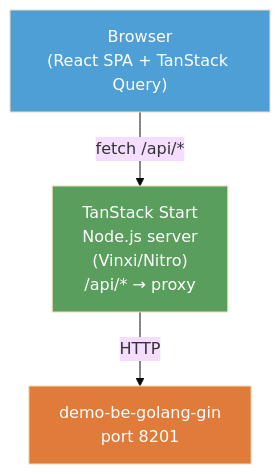
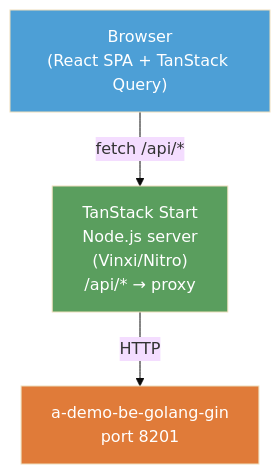
One commit to wahidyankf/open-sharia-enterprise changed the diagram in plans/done/2026-03-17__demo-fe-ts-tanstack-start/README.md. Above: the diagram before and after it, drawn with Mermaid (base theme). The commit also changed other lines of this file and 2697 other files, not shown here.

````diff
--- a/plans/done/2026-03-17__demo-fe-ts-tanstack-start/README.md
+++ b/plans/done/2026-03-17__demo-fe-ts-tanstack-start/README.md
@@ -272,13 +272,13 @@
 ```mermaid
 flowchart TD
     Browser["Browser\n(React SPA + TanStack Query)"]
     Server["TanStack Start\nNode.js server\n(Vinxi/Nitro)\n/api/* → proxy"]
-    Backend["demo-be-golang-gin\nport 8201"]
+    Backend["a-demo-be-golang-gin\nport 8201"]
 
     Browser -- "fetch /api/*" --> Server
     Server -- "HTTP" --> Backend
 
     style Browser fill:#4D9FD6,color:#ffffff
     style Server fill:#5A9E5E,color:#ffffff
     style Backend fill:#E07B39,color:#ffffff
 ```
````
